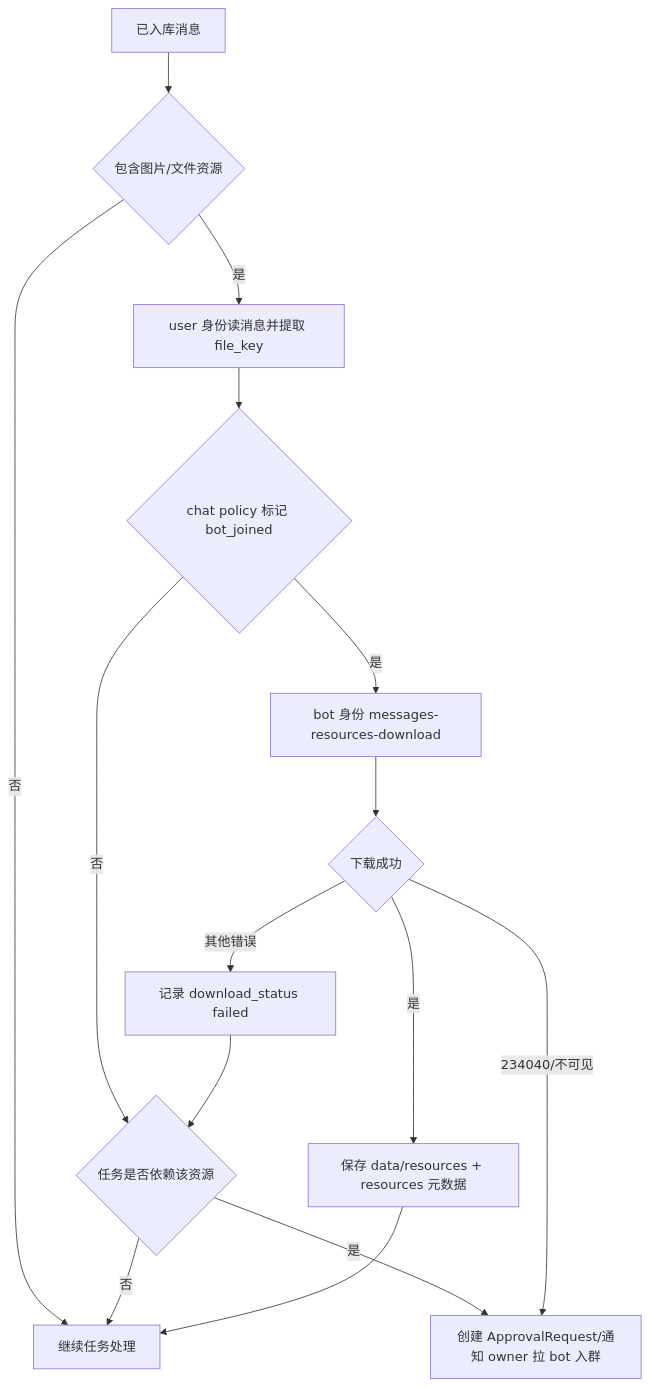
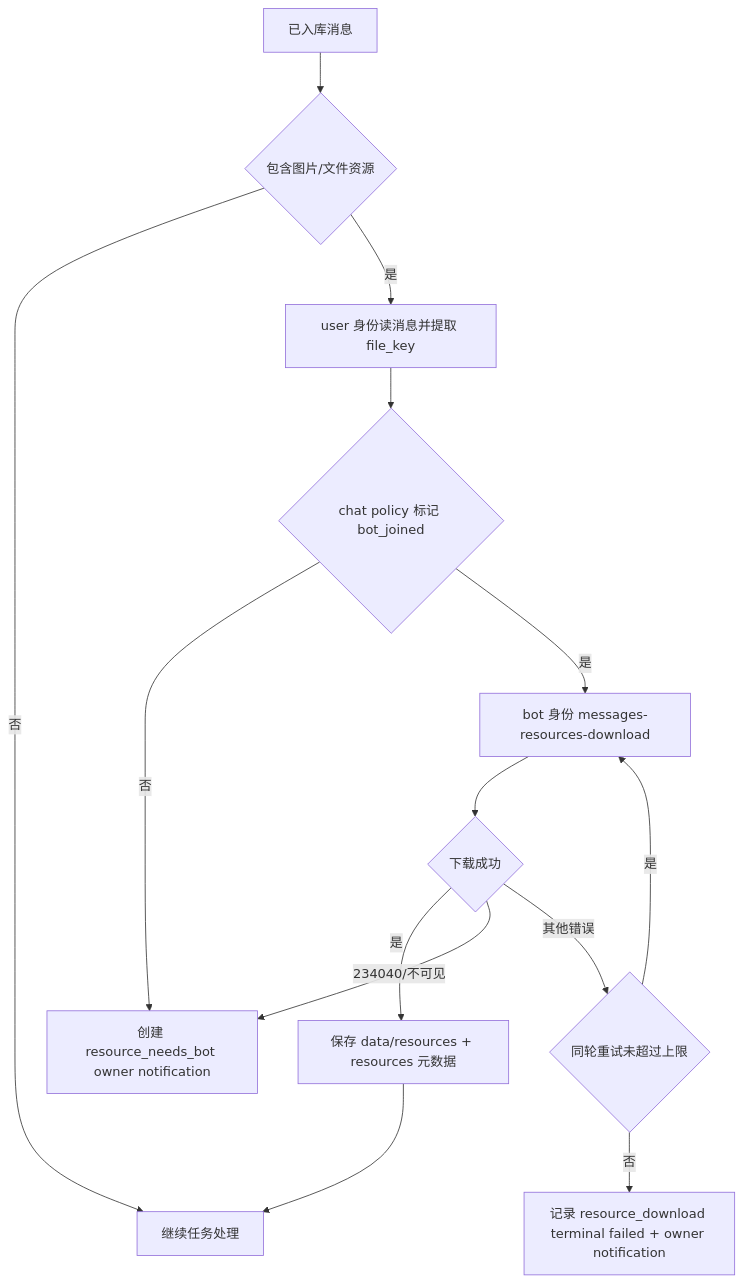
One commit to wufei-png/feishu-shadow-agent changed the fourth of 7 diagrams in docs/specs/feishu-shadow-agent-flows.md. Above: the diagram before and after it, drawn with Mermaid. The commit also changed other lines of this file and 18 other files, not shown here.

````diff
--- a/docs/specs/feishu-shadow-agent-flows.md
+++ b/docs/specs/feishu-shadow-agent-flows.md
@@ -146,18 +146,17 @@
 ```mermaid
 flowchart TD
   Msg["已入库消息"] --> HasResource{"包含图片/文件资源"}
   HasResource -->|否| Continue["继续任务处理"]
   HasResource -->|是| Extract["user 身份读消息并提取 file_key"]
   Extract --> BotKnown{"chat policy 标记 bot_joined"}
-  BotKnown -->|否| NeedResource{"任务是否依赖该资源"}
-  NeedResource -->|否| Continue
-  NeedResource -->|是| NotifyJoin["创建 ApprovalRequest/通知 owner 拉 bot 入群"]
+  BotKnown -->|否| NotifyJoin["创建 resource_needs_bot owner notification"]
 
   BotKnown -->|是| Download["bot 身份 messages-resources-download"]
   Download --> DownloadOK{"下载成功"}
   DownloadOK -->|是| SaveResource["保存 data/resources + resources 元数据"]
   SaveResource --> Continue
   DownloadOK -->|234040/不可见| NotifyJoin
-  DownloadOK -->|其他错误| ResourceFailed["记录 download_status failed"]
-  ResourceFailed --> NeedResource
+  DownloadOK -->|其他错误| Retry{"同轮重试未超过上限"}
+  Retry -->|是| Download
+  Retry -->|否| ResourceFailed["记录 resource_download terminal failed + owner notification"]
 ```
````
